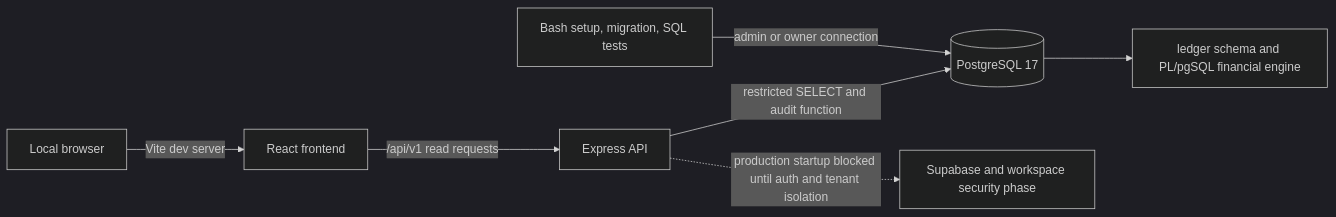
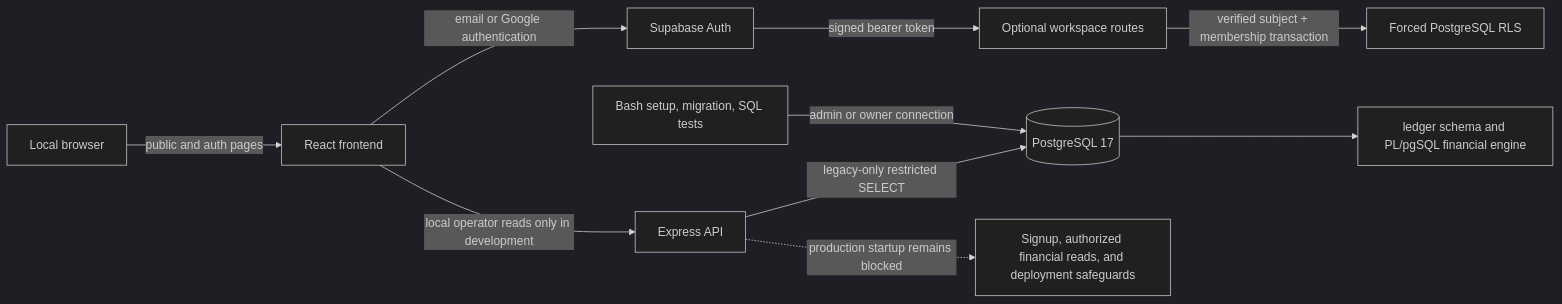
One commit to TheLucifer-07/LEDGERX changed the diagram in README.md. Above: the diagram before and after it, drawn with Mermaid (dark theme). The commit also changed other lines of this file and 78 other files, not shown here.

````diff
--- a/README.md
+++ b/README.md
@@ -18,9 +20,12 @@
 ```mermaid
 flowchart LR
-    Browser[Local browser] -->|Vite dev server| Frontend[React frontend]
-    Frontend -->|/api/v1 read requests| API[Express API]
-    API -->|restricted SELECT and audit function| DB[(PostgreSQL 17)]
+    Browser[Local browser] -->|public and auth pages| Frontend[React frontend]
+    Frontend -->|email or Google authentication| Supabase[Supabase Auth]
+    Supabase -->|signed bearer token| AuthAPI[Optional workspace routes]
+    Frontend -->|local operator reads only in development| API[Express API]
+    API -->|legacy-only restricted SELECT| DB[(PostgreSQL 17)]
     Scripts[Bash setup, migration, SQL tests] -->|admin or owner connection| DB
     DB --> Schema[ledger schema and PL/pgSQL financial engine]
-    API -. production startup blocked until auth and tenant isolation .-> Guard[Supabase and workspace security phase]
+    AuthAPI -->|verified subject + membership transaction| RLS[Forced PostgreSQL RLS]
+    API -. production startup remains blocked .-> Guard[Signup, authorized financial reads, and deployment safeguards]
 ```
````
